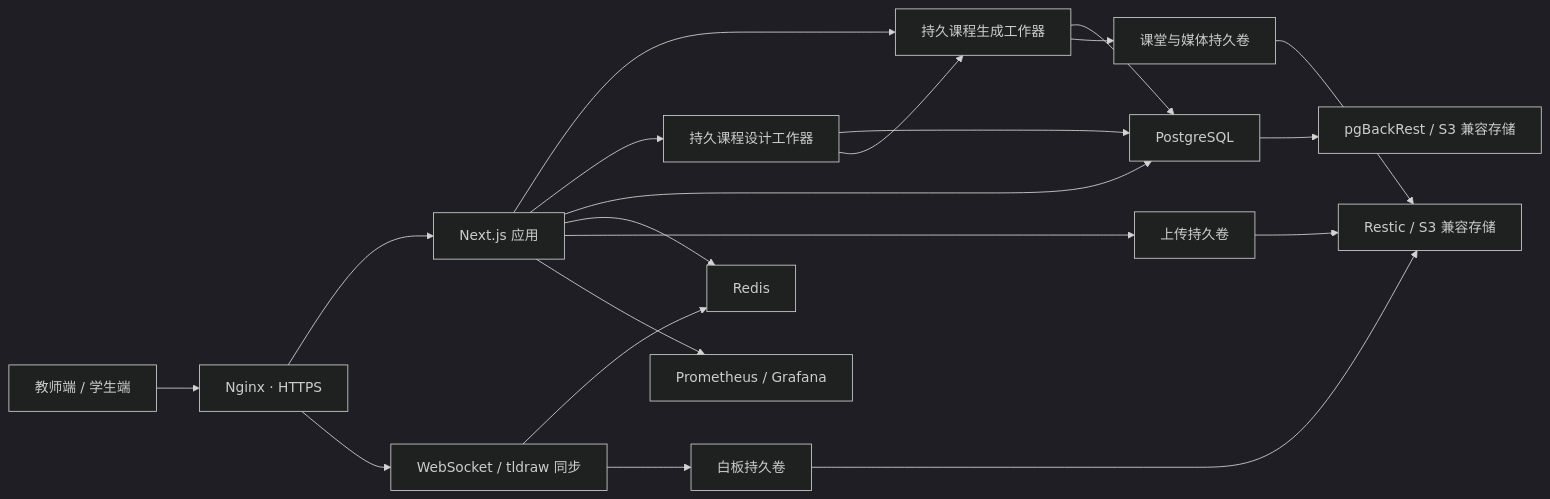
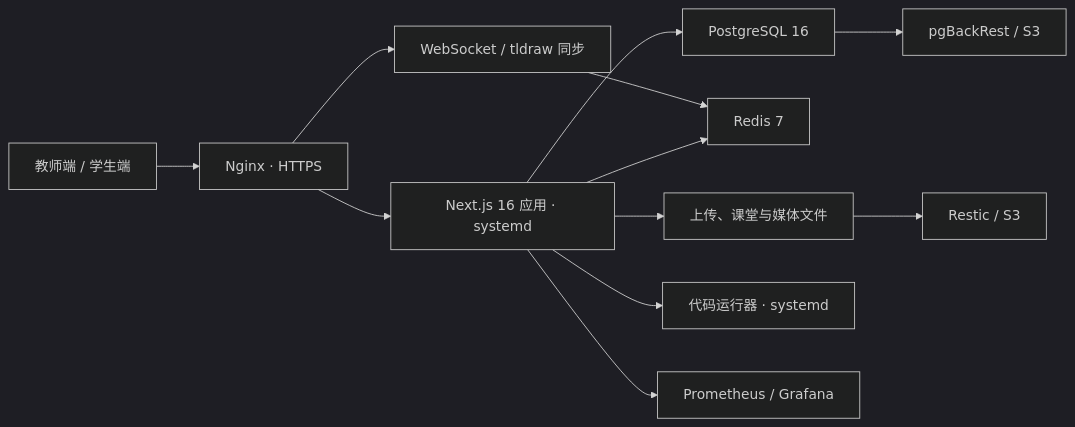
The second of 2 diagrams in README.md (050603/CoTeach), drawn with Mermaid (dark theme) before and after one commit. The commit also changed other lines of this file and 58 other files, not shown here.

````diff
--- a/README.md
+++ b/README.md
@@ -117,22 +94,14 @@
 ```mermaid
 flowchart LR
     B["教师端 / 学生端"] --> N["Nginx · HTTPS"]
-    N --> A["Next.js 应用"]
+    N --> A["Next.js 16 应用 · systemd"]
     N --> W["WebSocket / tldraw 同步"]
-    A --> G["持久课程生成工作器"]
-    A --> D["持久课程设计工作器"]
-    D --> P
-    D --> G
-    G --> P
-    A --> P["PostgreSQL"]
-    A --> R["Redis"]
+    A --> D["PostgreSQL 16"]
+    A --> R["Redis 7"]
     W --> R
-    W --> V["白板持久卷"]
-    A --> U["上传持久卷"]
-    G --> C["课堂与媒体持久卷"]
-    P --> BK["pgBackRest / S3 兼容存储"]
-    U --> RB["Restic / S3 兼容存储"]
-    V --> RB
-    C --> RB
+    A --> F["上传、课堂与媒体文件"]
+    A --> C["代码运行器 · systemd"]
+    D --> PB["pgBackRest / S3"]
+    F --> RB["Restic / S3"]
     A --> M["Prometheus / Grafana"]
 ```
````
